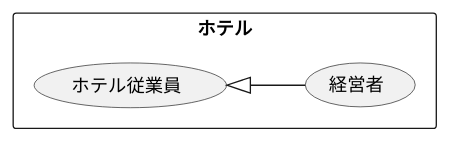
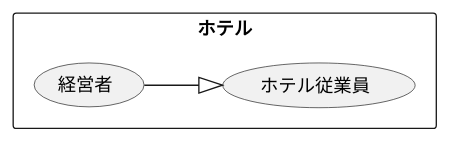
The diagram in 演習2-2_ホテル従業員.pu (Aishin12/uml_introduction), drawn with PlantUML before and after one commit.

Commit message:
演習2-2

```diff
--- a/演習2-2_ホテル従業員.pu
+++ b/演習2-2_ホテル従業員.pu
@@ -1,8 +1,8 @@
 @startuml ユースケース図
  left to right direction
  rectangle ホテル{
     usecase ホテル従業員
     usecase 経営者
  }
- ホテル従業員 <|-- 経営者
- @enduml
+ 経営者 --|> ホテル従業員
+  @enduml
```
